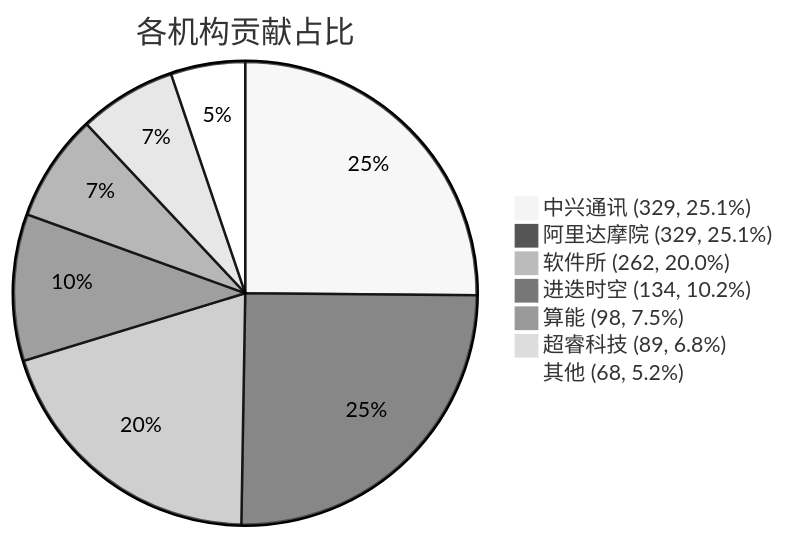
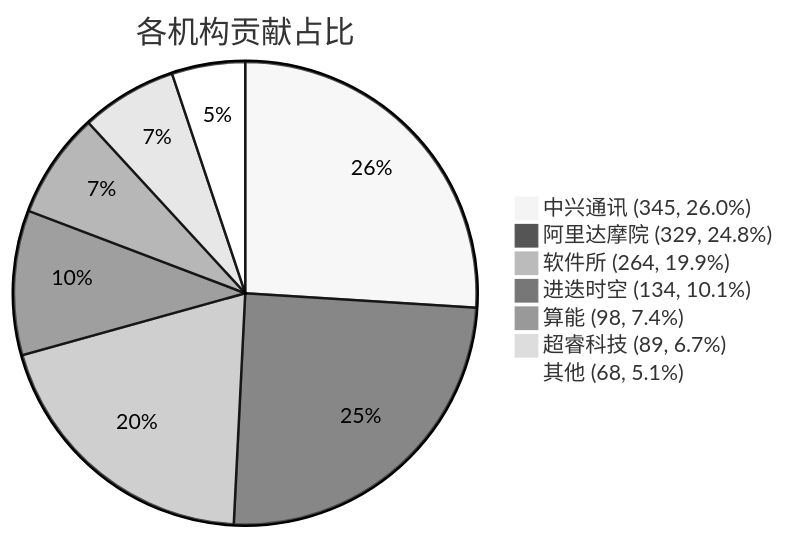
The diagram in docs/index.md (RVCK-Project/rvck), drawn with Mermaid (neutral theme) before and after one commit. The commit also changed other lines of this file and 20 other files, not shown here.

````diff
--- a/docs/index.md
+++ b/docs/index.md
@@ -39,10 +39,10 @@
 ```mermaid
 pie title 各机构贡献占比
-    "中兴通讯 (329, 25.1%)" : 329
-    "阿里达摩院 (329, 25.1%)" : 329
-    "软件所 (262, 20.0%)" : 262
-    "进迭时空 (134, 10.2%)" : 134
-    "算能 (98, 7.5%)" : 98
-    "超睿科技 (89, 6.8%)" : 89
-    "其他 (68, 5.2%)" : 68
+    "中兴通讯 (345, 26.0%)" : 345
+    "阿里达摩院 (329, 24.8%)" : 329
+    "软件所 (264, 19.9%)" : 264
+    "进迭时空 (134, 10.1%)" : 134
+    "算能 (98, 7.4%)" : 98
+    "超睿科技 (89, 6.7%)" : 89
+    "其他 (68, 5.1%)" : 68
 ```
````
